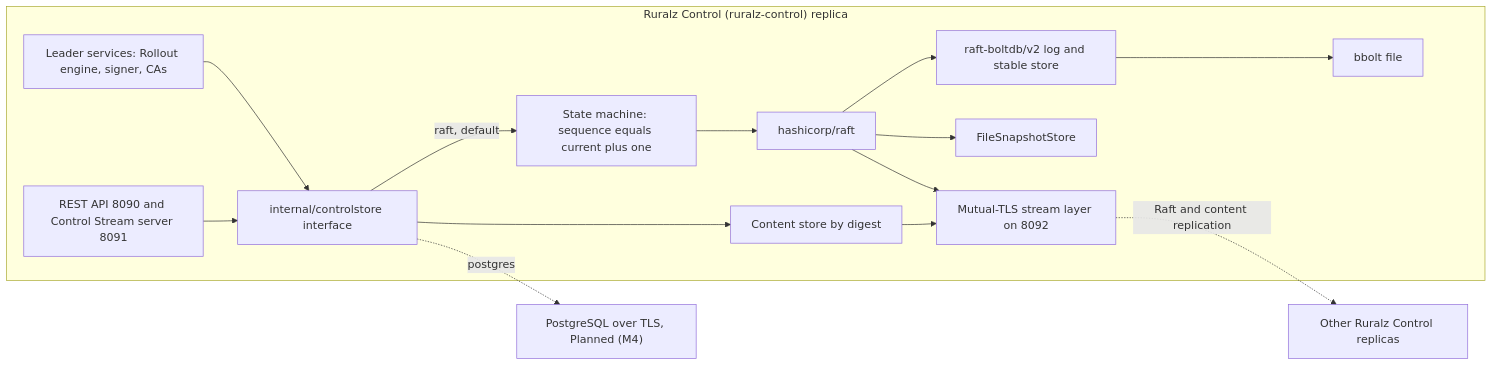
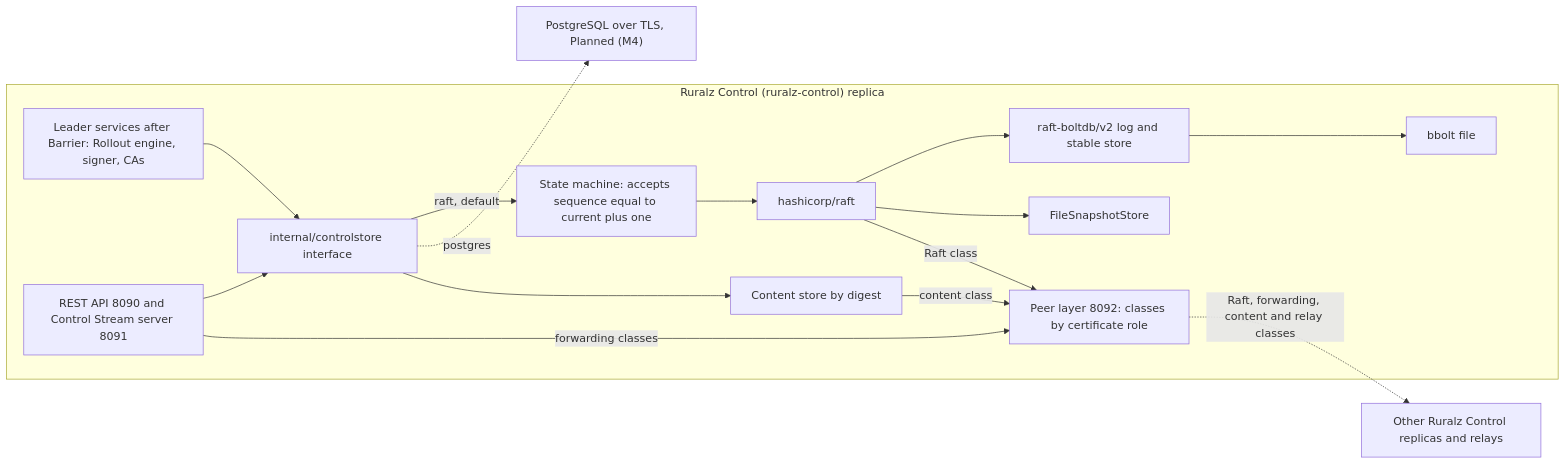
Before and after one commit to ravindu-rev/ruralz: the first of 2 diagrams in docs/adr/0006-control-store-raft-boltdb.md, drawn with Mermaid. The commit also changed other lines of this file and 24 other files, not shown here.

````diff
--- a/docs/adr/0006-control-store-raft-boltdb.md
+++ b/docs/adr/0006-control-store-raft-boltdb.md
@@ -59,28 +58,29 @@
 ```mermaid
 flowchart LR
   subgraph rep["Ruralz Control (ruralz-control) replica"]
-    lead["Leader services: Rollout engine, signer, CAs"]
+    lead["Leader services after Barrier: Rollout engine, signer, CAs"]
     srv["REST API 8090 and Control Stream server 8091"]
     iface["internal/controlstore interface"]
-    fsm["State machine: sequence equals current plus one"]
+    fsm["State machine: accepts sequence equal to current plus one"]
     raft["hashicorp/raft"]
     logs["raft-boltdb/v2 log and stable store"]
     bolt["bbolt file"]
     snap["FileSnapshotStore"]
     cas["Content store by digest"]
-    tls["Mutual-TLS stream layer on 8092"]
+    tls["Peer layer 8092: classes by certificate role"]
   end
   pg["PostgreSQL over TLS, Planned (M4)"]
-  peers["Other Ruralz Control replicas"]
+  peers["Other Ruralz Control replicas and relays"]
   lead --> iface
   srv --> iface
+  srv -->|"forwarding classes"| tls
   iface -->|"raft, default"| fsm
   iface -.->|"postgres"| pg
   fsm --> raft
   raft --> logs --> bolt
   raft --> snap
-  raft --> tls
+  raft -->|"Raft class"| tls
   iface --> cas
-  cas --> tls
-  tls -.->|"Raft and content replication"| peers
+  cas -->|"content class"| tls
+  tls -.->|"Raft, forwarding, content and relay classes"| peers
 ```
````
